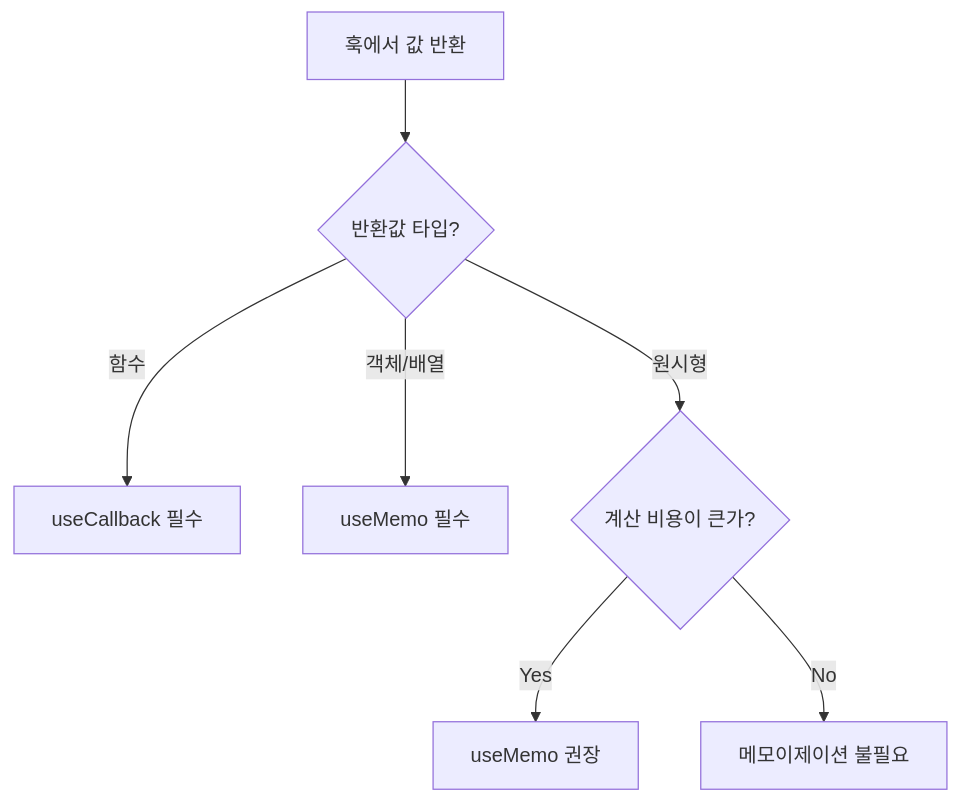
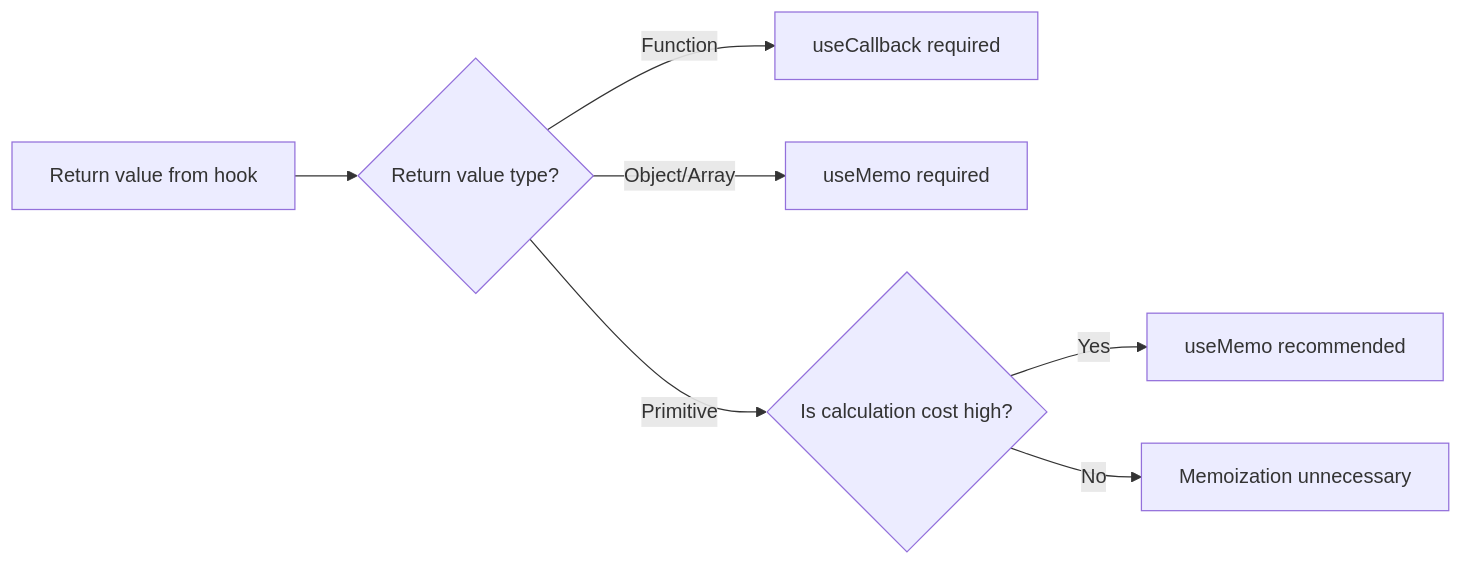
One commit to codefug/codefug.github.io changed diagram 18 of 19 in markdown/2026-01-18/en/content.mdx. Above: the diagram before and after it, drawn with Mermaid. The commit also changed other lines of this file and 1 other file, not shown here.

Commit message:
docs: useCallback 섹션 설명 보강 및 영어 번역 업데이트

````diff
--- a/markdown/2026-01-18/en/content.mdx
+++ b/markdown/2026-01-18/en/content.mdx
@@ -872,9 +1288,9 @@
 ```mermaid
-flowchart TD
-    A["훅에서 값 반환"] --> B{"반환값 타입?"}
-    B -->|"함수"| C["useCallback 필수"]
-    B -->|"객체/배열"| D["useMemo 필수"]
-    B -->|"원시형"| E{"계산 비용이 큰가?"}
-    E -->|"Yes"| F["useMemo 권장"]
-    E -->|"No"| G["메모이제이션 불필요"]
+flowchart LR
+    A["Return value from hook"] --> B{"Return value type?"}
+    B -->|"Function"| C["useCallback required"]
+    B -->|"Object/Array"| D["useMemo required"]
+    B -->|"Primitive"| E{"Is calculation cost high?"}
+    E -->|"Yes"| F["useMemo recommended"]
+    E -->|"No"| G["Memoization unnecessary"]
 ```
````
